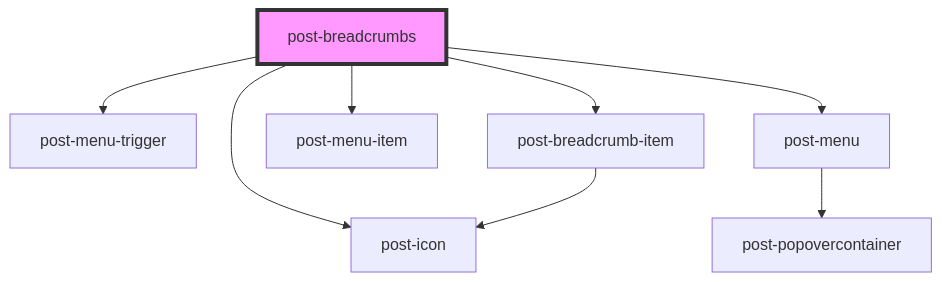
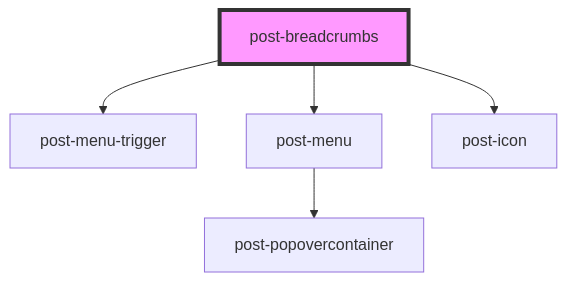
Before and after one commit to swisspost/design-system: the diagram in packages/components/src/components/post-breadcrumbs/readme.md, drawn with Mermaid. The commit also changed other lines of this file and 15 other files, not shown here.

````diff
--- a/packages/components/src/components/post-breadcrumbs/readme.md
+++ b/packages/components/src/components/post-breadcrumbs/readme.md
@@ -27,11 +25,8 @@
 ```mermaid
 graph TD;
-  post-breadcrumbs --> post-icon
   post-breadcrumbs --> post-menu-trigger
   post-breadcrumbs --> post-menu
-  post-breadcrumbs --> post-menu-item
-  post-breadcrumbs --> post-breadcrumb-item
+  post-breadcrumbs --> post-icon
   post-menu --> post-popovercontainer
-  post-breadcrumb-item --> post-icon
   style post-breadcrumbs fill:#f9f,stroke:#333,stroke-width:4px
 ```
````
